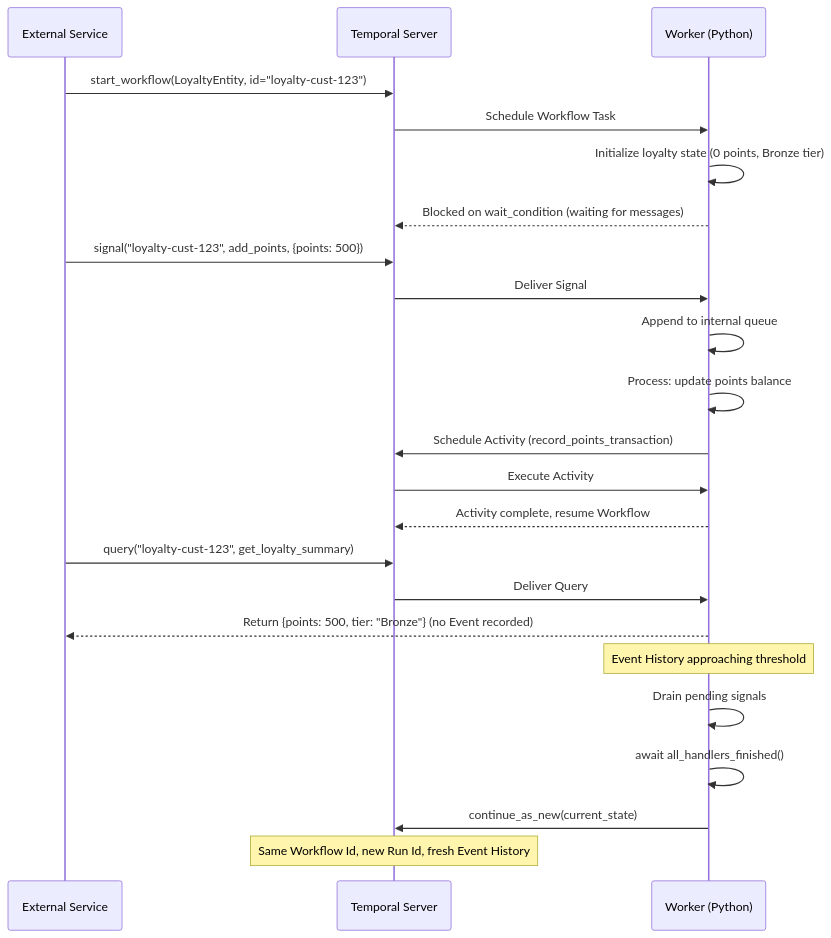
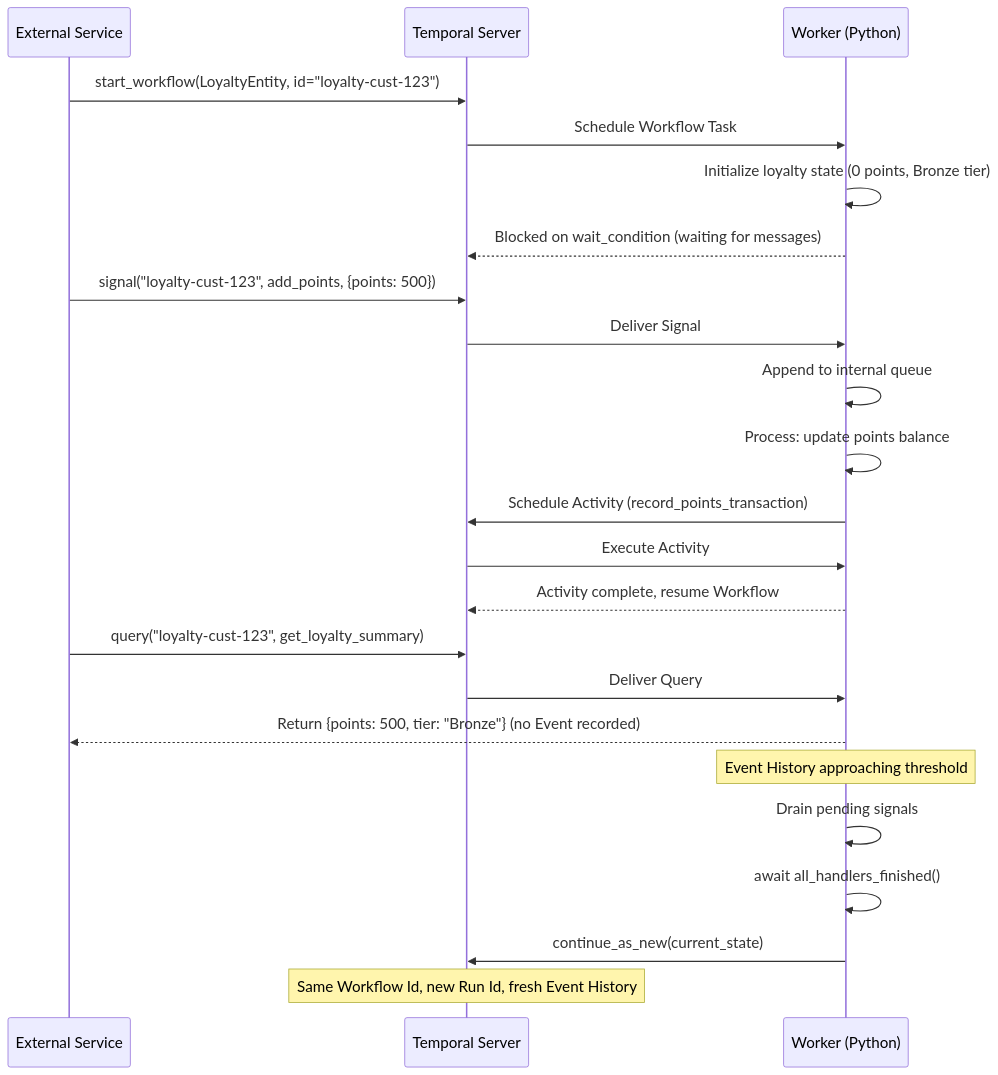
One commit to temporalio/documentation changed the first of 2 diagrams in docs/guides/entity-pattern-loyalty-points.mdx. Above: the diagram before and after it, drawn with Mermaid. The commit also changed 2 other files, not shown here.

Commit message:
formatting tweaks

````diff
--- a/docs/guides/entity-pattern-loyalty-points.mdx
+++ b/docs/guides/entity-pattern-loyalty-points.mdx
@@ -131,29 +131,34 @@
 ```mermaid
+---
+config:
+  theme: default
+  fontSize: 20px
+---
 sequenceDiagram
     participant Client as External Service
     participant TS as Temporal Server
     participant W as Worker (Python)
 
     Client->>TS: start_workflow(LoyaltyEntity, id="loyalty-cust-123")
     TS->>W: Schedule Workflow Task
     W->>W: Initialize loyalty state (0 points, Bronze tier)
     W-->>TS: Blocked on wait_condition (waiting for messages)
 
     Client->>TS: signal("loyalty-cust-123", add_points, {points: 500})
     TS->>W: Deliver Signal
     W->>W: Append to internal queue
     W->>W: Process: update points balance
     W->>TS: Schedule Activity (record_points_transaction)
     TS->>W: Execute Activity
     W-->>TS: Activity complete, resume Workflow
 
     Client->>TS: query("loyalty-cust-123", get_loyalty_summary)
     TS->>W: Deliver Query
     W-->>Client: Return {points: 500, tier: "Bronze"} (no Event recorded)
 
     Note over W: Event History approaching threshold
     W->>W: Drain pending signals
     W->>W: await all_handlers_finished()
     W->>TS: continue_as_new(current_state)
     Note over TS: Same Workflow Id, new Run Id, fresh Event History
 ```
````
